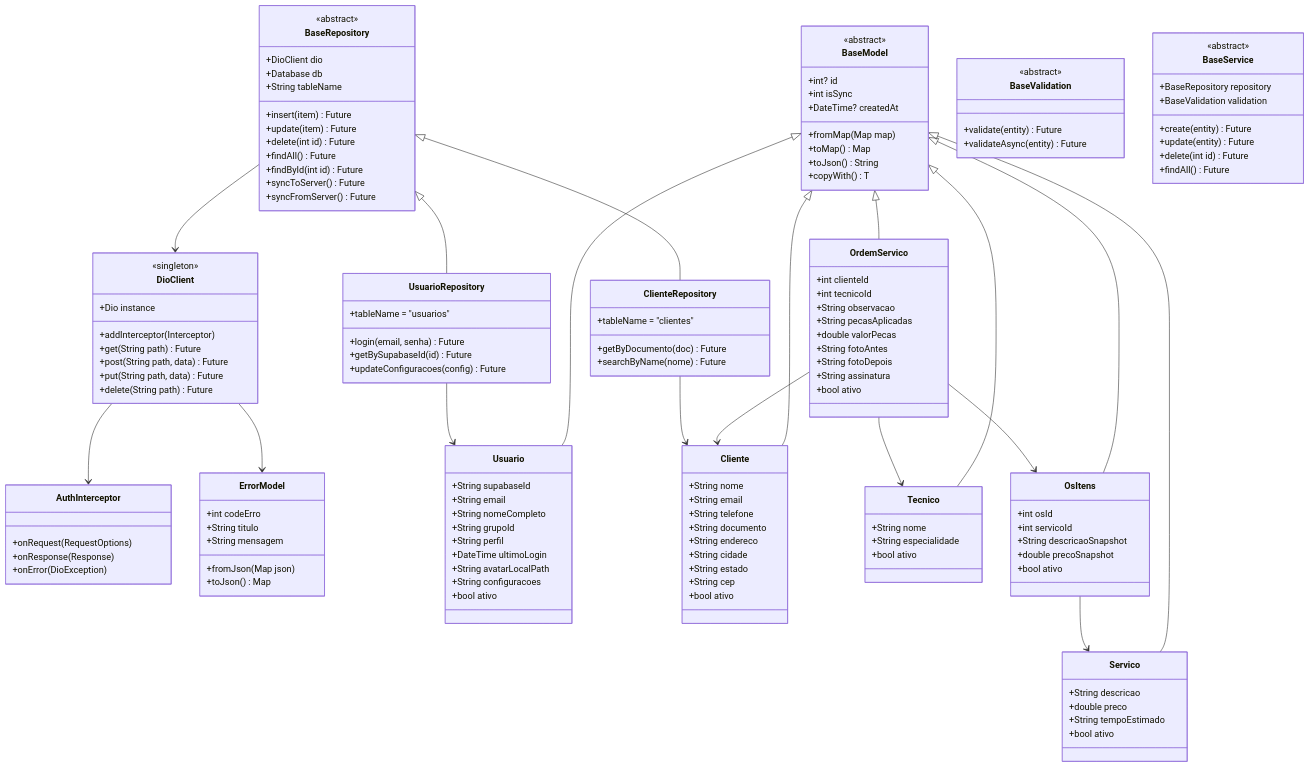
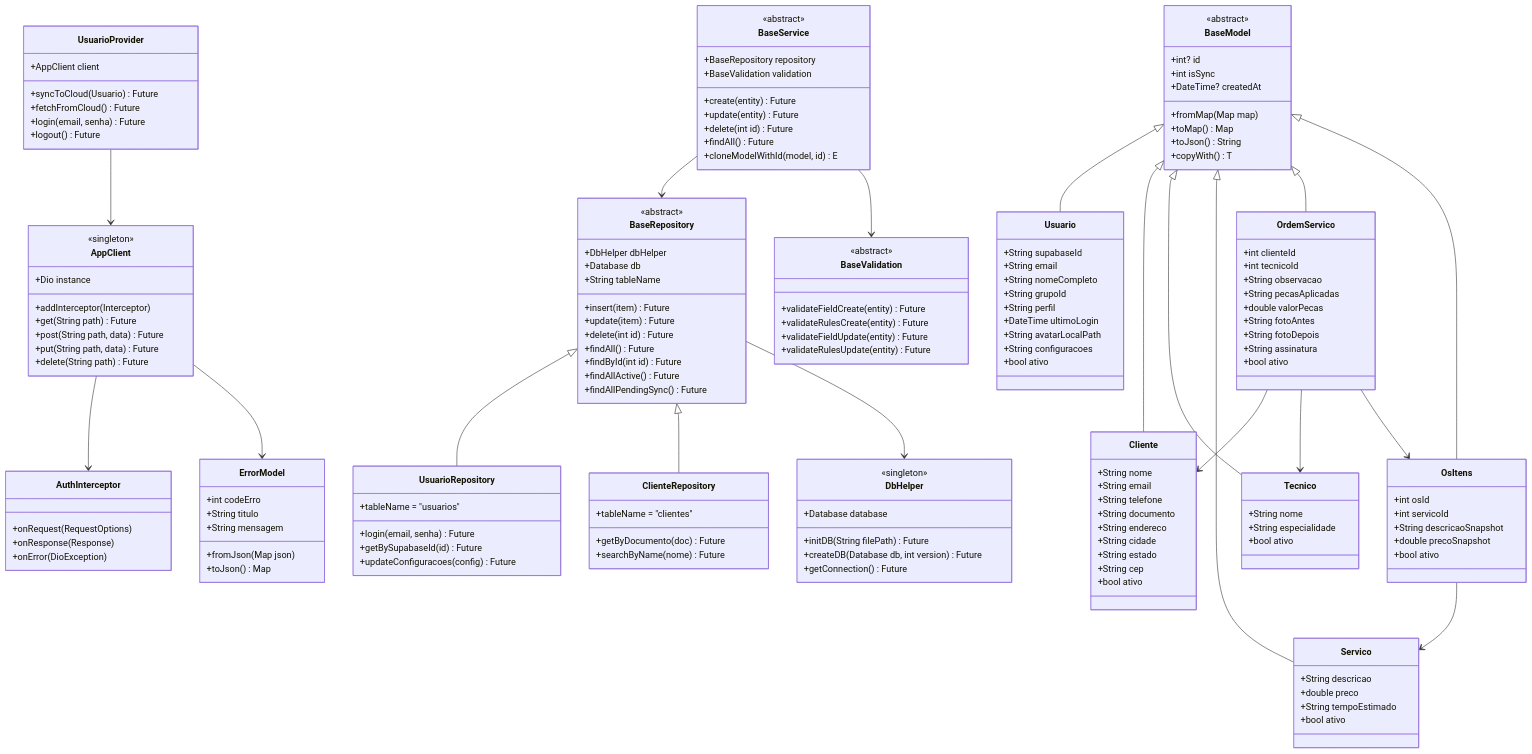
The first of 2 diagrams in README.md (marquesclayton/ads5-20261-serviceflow), drawn with Mermaid before and after one commit. The commit also changed other lines of this file, not shown here.

````diff
--- a/README.md
+++ b/README.md
@@ -120,7 +131,7 @@
 
     class BaseRepository {
         <<abstract>>
-        +DioClient dio
+        +DbHelper dbHelper
         +Database db
         +String tableName
         +insert(item) Future
@@ -128,14 +139,16 @@
         +delete(int id) Future
         +findAll() Future
         +findById(int id) Future
-        +syncToServer() Future
-        +syncFromServer() Future
+        +findAllActive() Future
+        +findAllPendingSync() Future
     }
 
     class BaseValidation {
         <<abstract>>
-        +validate(entity) Future
-        +validateAsync(entity) Future
+        +validateFieldCreate(entity) Future
+        +validateRulesCreate(entity) Future
+        +validateFieldUpdate(entity) Future
+        +validateRulesUpdate(entity) Future
     }
 
     class BaseService {
@@ -146,9 +159,10 @@
         +update(entity) Future
         +delete(int id) Future
         +findAll() Future
+        +cloneModelWithId(model, id) E
     }
 
-    class DioClient {
+    class AppClient {
         <<singleton>>
         +Dio instance
         +addInterceptor(Interceptor)
@@ -156,6 +170,23 @@
         +post(String path, data) Future
         +put(String path, data) Future
         +delete(String path) Future
+    }
+
+    class DbHelper {
+        <<singleton>>
+        +Database database
+        +initDB(String filePath) Future
+        +createDB(Database db, int version) Future
+        +getConnection() Future
+    }
+
+    %% Provider Layer (API Communication)
+    class UsuarioProvider {
+        +AppClient client
+        +syncToCloud(Usuario) Future
+        +fetchFromCloud() Future
+        +login(email, senha) Future
+        +logout() Future
     }
 
     class AuthInterceptor {
@@ -244,7 +275,7 @@
         +searchByName(nome) Future
     }
 
-    %% Relacionamentos
+    %% Relacionamentos Corretos
     BaseModel <|-- Usuario
     BaseModel <|-- Cliente
     BaseModel <|-- Tecnico
@@ -255,14 +286,19 @@
     BaseRepository <|-- UsuarioRepository
     BaseRepository <|-- ClienteRepository
     
+    BaseService --> BaseRepository
+    BaseService --> BaseValidation
+    
     OrdemServico --> Cliente
     OrdemServico --> Tecnico
     OrdemServico --> OsItens
     OsItens --> Servico
     
-    DioClient --> AuthInterceptor
-    DioClient --> ErrorModel
-    BaseRepository --> DioClient
-    UsuarioRepository --> Usuario
-    ClienteRepository --> Cliente
+    %% Camada de Persistência (SQLite)
+    BaseRepository --> DbHelper
+    
+    %% Camada de Comunicação (API Externa)
+    UsuarioProvider --> AppClient
+    AppClient --> AuthInterceptor
+    AppClient --> ErrorModel
 ```
````
